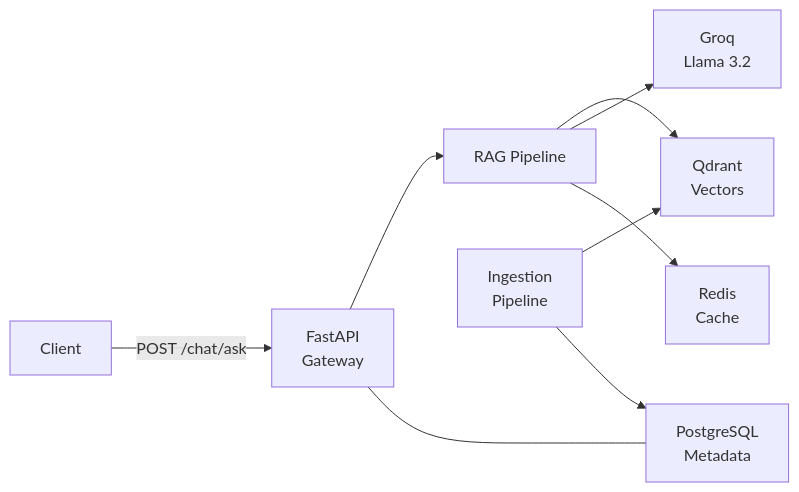
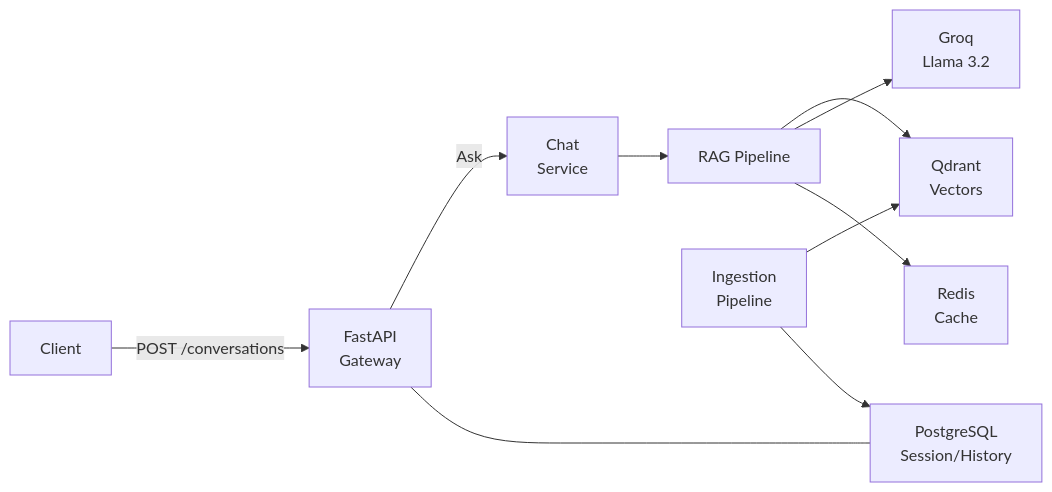
One commit to Rwanda-AI-Network/SomaAI changed the diagram in README.md. Above: the diagram before and after it, drawn with Mermaid. The commit also changed other lines of this file and 10 other files, not shown here.

````diff
--- a/README.md
+++ b/README.md
@@ -11,11 +11,12 @@
 ```mermaid
 graph LR
-    Client["Client"] -->|POST /chat/ask| API["FastAPI<br/>Gateway"]
-    API --> RAG["RAG Pipeline"]
+    Client["Client"] -->|POST /conversations| API["FastAPI<br/>Gateway"]
+    API -->|Ask| Service["Chat<br/>Service"]
+    Service --> RAG["RAG Pipeline"]
     RAG --> Q["Qdrant<br/>Vectors"]
     RAG --> LLM["Groq<br/>Llama 3.2"]
     RAG --> Cache["Redis<br/>Cache"]
-    API --- PG["PostgreSQL<br/>Metadata"]
+    API --- PG["PostgreSQL<br/>Session/History"]
     Ingest["Ingestion<br/>Pipeline"] --> Q
     Ingest --> PG
 ```
````
